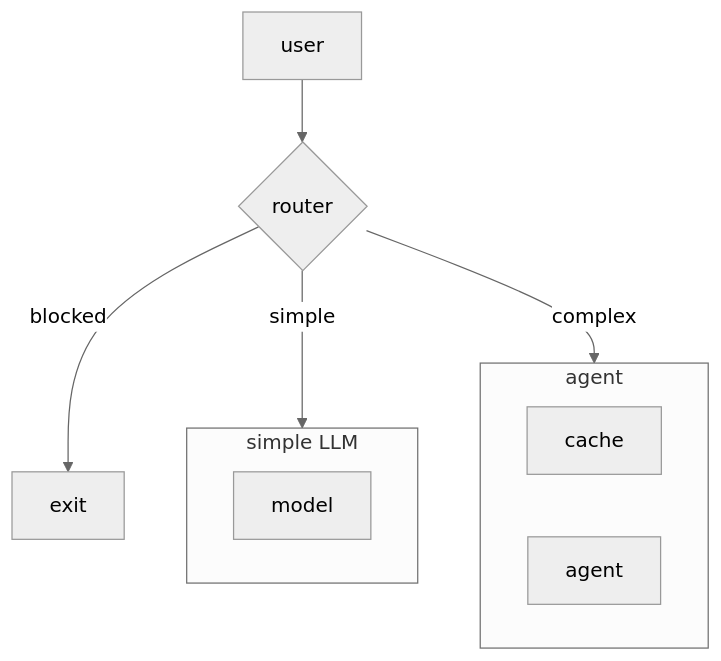
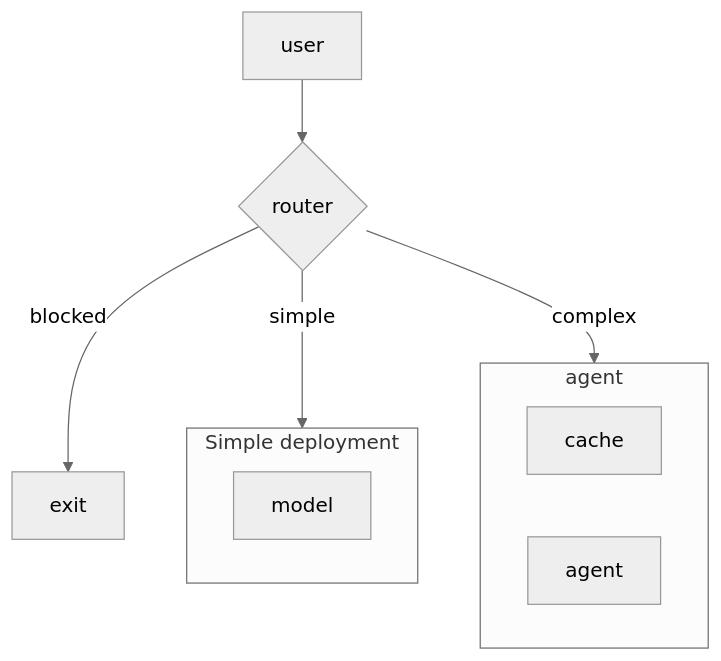
One commit to rh-ai-quickstart/Reducing-costs-of-AI-with-Redis-Labs changed the first of 2 diagrams in README.md. Above: the diagram before and after it, drawn with Mermaid (neutral theme). The commit also changed other lines of this file and 4 other files, not shown here.

````diff
--- a/README.md
+++ b/README.md
@@ -13,15 +78,15 @@
 ```mermaid
 flowchart TB
-    subgraph simple_model[simple LLM]
+    subgraph simple_model[Simple deployment]
       simple_deployment[model]
     end
     subgraph agent_deploy[agent]
       agent_cache[cache]
       agent[agent]
     end
 
     user -->router{router}
     router -->|blocked| exit
     router -->|simple| simple_model[Simple model deployment]
     router -->|complex| agent_deploy[Agent]
 ```
````
